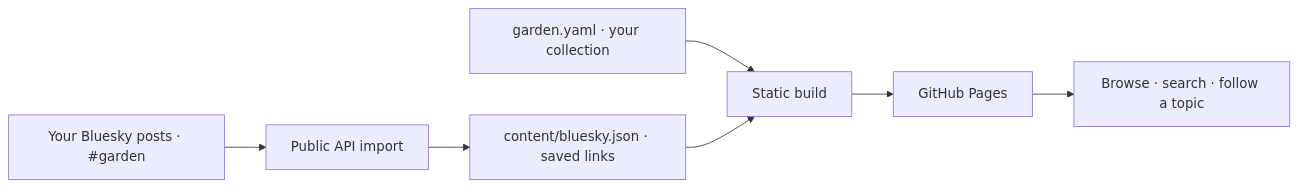
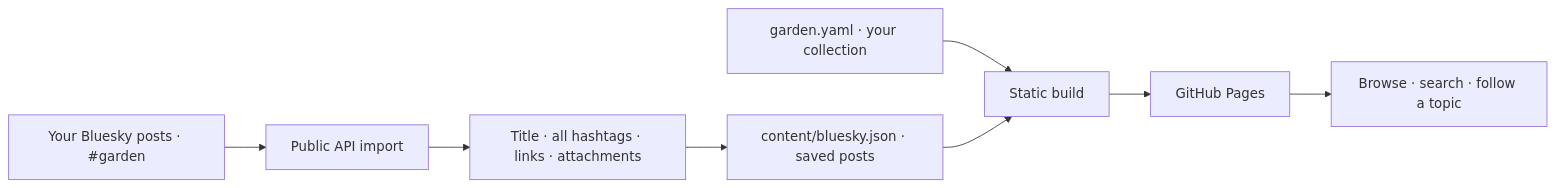
Before and after one commit to crs48/digitalgarden: the diagram in README.md, drawn with Mermaid. The commit also changed other lines of this file and 17 other files, not shown here.

````diff
--- a/README.md
+++ b/README.md
@@ -88,9 +112,10 @@
 ```mermaid
 flowchart LR
   YAML["garden.yaml · your collection"] --> Build[Static build]
   Posts["Your Bluesky posts · #garden"] --> Sync[Public API import]
-  Sync --> Archive["content/bluesky.json · saved links"]
+  Sync --> Extract["Title · all hashtags · links · attachments"]
+  Extract --> Archive["content/bluesky.json · saved posts"]
   Archive --> Build
   Build --> Pages[GitHub Pages]
   Pages --> Reader[Browse · search · follow a topic]
 ```
````
